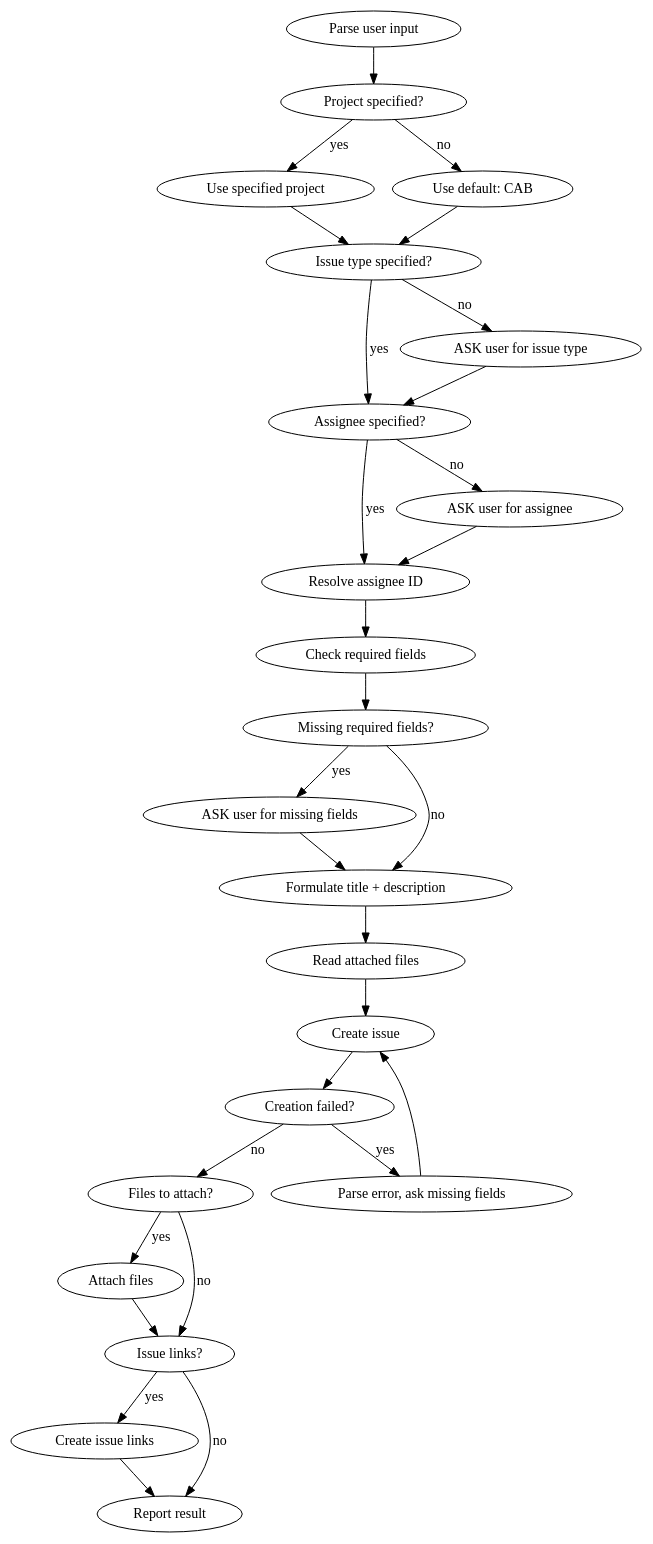
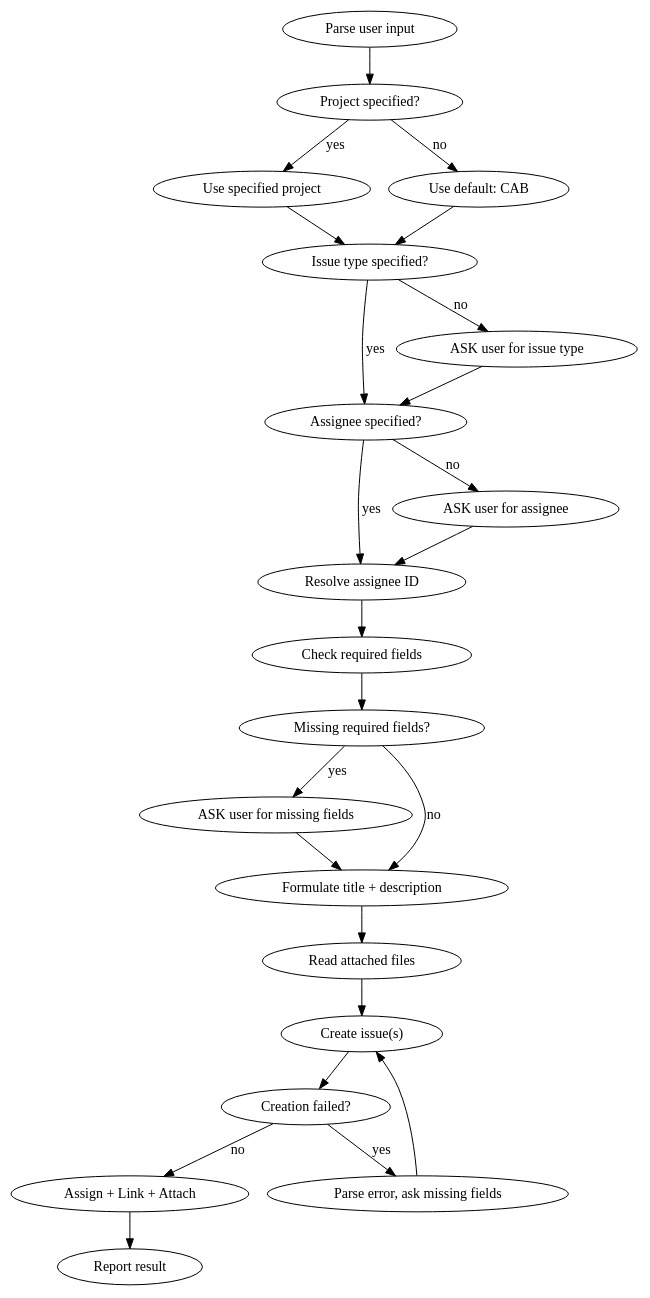
The diagram in jira-create-task/SKILL.md (gihar/g-skills), drawn with Graphviz before and after one commit. The commit also changed other lines of this file, not shown here.

First line of the commit message:
fix: jira-create-task — assignee via email, AskUserQuestion, parallel ops

````diff
--- a/jira-create-task/SKILL.md
+++ b/jira-create-task/SKILL.md
@@ -12,33 +17,28 @@
 ```dot
 digraph jira_create {
   rankdir=TB;
   "Parse user input" -> "Project specified?";
   "Project specified?" -> "Use specified project" [label="yes"];
   "Project specified?" -> "Use default: CAB" [label="no"];
   "Use specified project" -> "Issue type specified?";
   "Use default: CAB" -> "Issue type specified?";
   "Issue type specified?" -> "Assignee specified?" [label="yes"];
   "Issue type specified?" -> "ASK user for issue type" [label="no"];
   "ASK user for issue type" -> "Assignee specified?";
   "Assignee specified?" -> "Resolve assignee ID" [label="yes"];
   "Assignee specified?" -> "ASK user for assignee" [label="no"];
   "ASK user for assignee" -> "Resolve assignee ID";
   "Resolve assignee ID" -> "Check required fields";
   "Check required fields" -> "Missing required fields?";
   "Missing required fields?" -> "ASK user for missing fields" [label="yes"];
   "Missing required fields?" -> "Formulate title + description" [label="no"];
   "ASK user for missing fields" -> "Formulate title + description";
   "Formulate title + description" -> "Read attached files";
-  "Read attached files" -> "Create issue";
-  "Create issue" -> "Creation failed?";
+  "Read attached files" -> "Create issue(s)";
+  "Create issue(s)" -> "Creation failed?";
   "Creation failed?" -> "Parse error, ask missing fields" [label="yes"];
-  "Parse error, ask missing fields" -> "Create issue";
-  "Creation failed?" -> "Files to attach?" [label="no"];
-  "Files to attach?" -> "Attach files" [label="yes"];
-  "Files to attach?" -> "Issue links?" [label="no"];
-  "Attach files" -> "Issue links?";
-  "Issue links?" -> "Create issue links" [label="yes"];
-  "Issue links?" -> "Report result" [label="no"];
-  "Create issue links" -> "Report result";
+  "Parse error, ask missing fields" -> "Create issue(s)";
+  "Creation failed?" -> "Assign + Link + Attach" [label="no"];
+  "Assign + Link + Attach" -> "Report result";
 }
 ```
````
